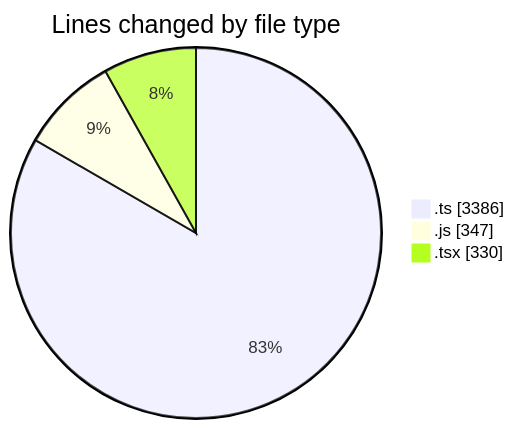
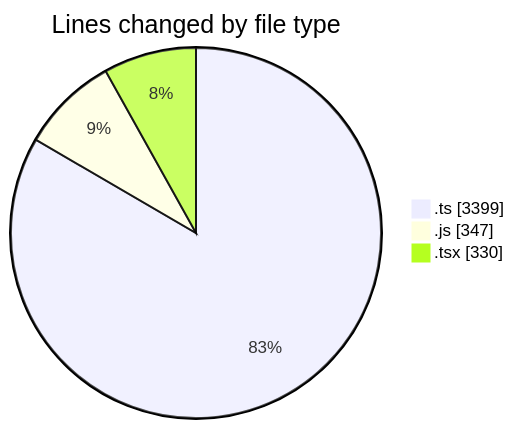
Before and after one commit to momahboobian/code-tracking: the first of 2 diagrams in 2025-12-16/cda/README.md, drawn with Mermaid. The commit also changed other lines of this file and 1 other file, not shown here.

````diff
--- a/2025-12-16/cda/README.md
+++ b/2025-12-16/cda/README.md
@@ -25,7 +25,7 @@
 ```mermaid
 pie showData
 title Lines changed by file type
-".ts" : 3386
+".ts" : 3399
 ".js" : 347
 ".tsx" : 330
 ```
````
